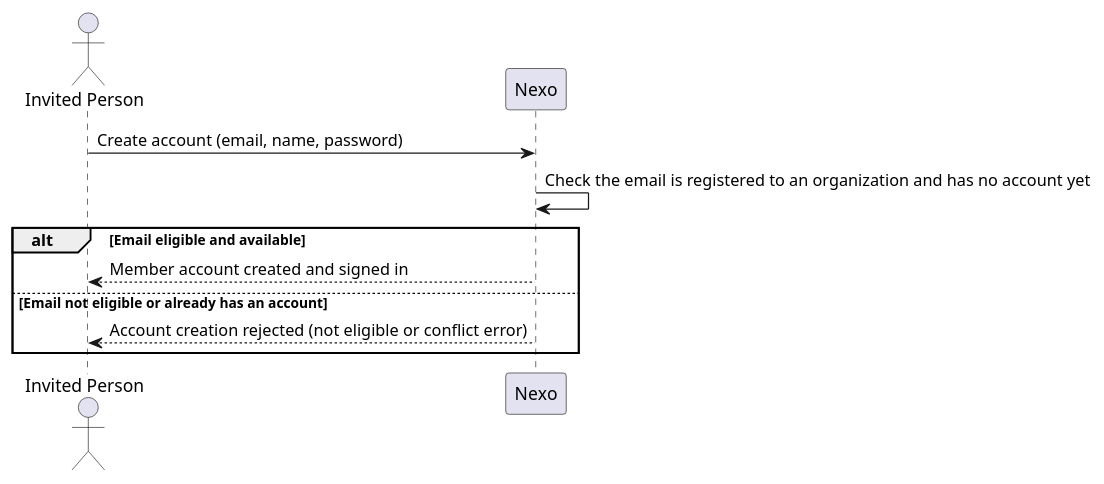
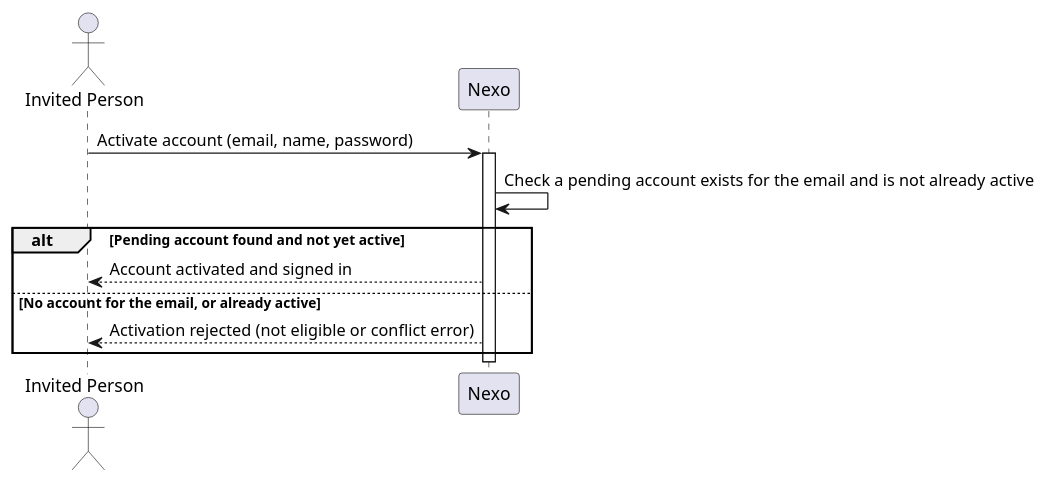
Before and after one commit to vscosousa/Nexo: the diagram in docs/us/US-003/ssd/level-1/puml/US-003-level-1.puml, drawn with PlantUML. The commit also changed 60 other files, not shown here.

Commit message:
Restructure SSD/SD diagrams: activation bars, FE/BE split

```diff
--- a/docs/us/US-003/ssd/level-1/puml/US-003-level-1.puml
+++ b/docs/us/US-003/ssd/level-1/puml/US-003-level-1.puml
@@ -1,11 +1,13 @@
 @startuml
 actor "Invited Person" as Person
 participant "Nexo" as System
-Person -> System: Create account (email, name, password)
-System -> System: Check the email is registered to an organization and has no account yet
-alt Email eligible and available
-    System --> Person: Member account created and signed in
-else Email not eligible or already has an account
-    System --> Person: Account creation rejected (not eligible or conflict error)
+Person -> System: Activate account (email, name, password)
+activate System
+System -> System: Check a pending account exists for the email and is not already active
+alt Pending account found and not yet active
+    System --> Person: Account activated and signed in
+else No account for the email, or already active
+    System --> Person: Activation rejected (not eligible or conflict error)
 end
+deactivate System
 @enduml
```
